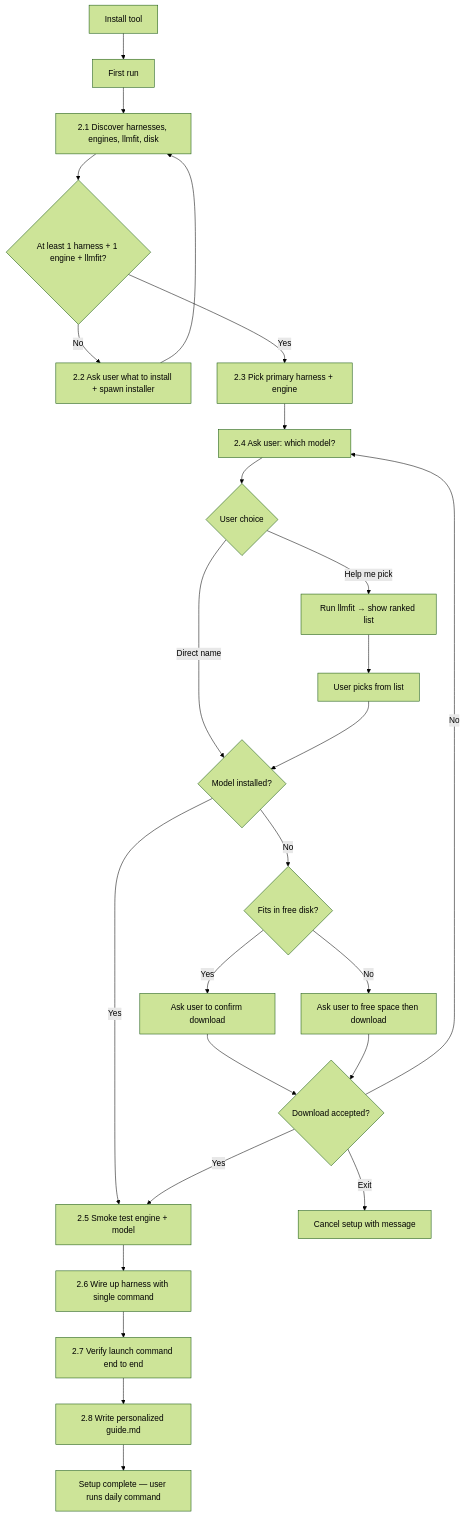
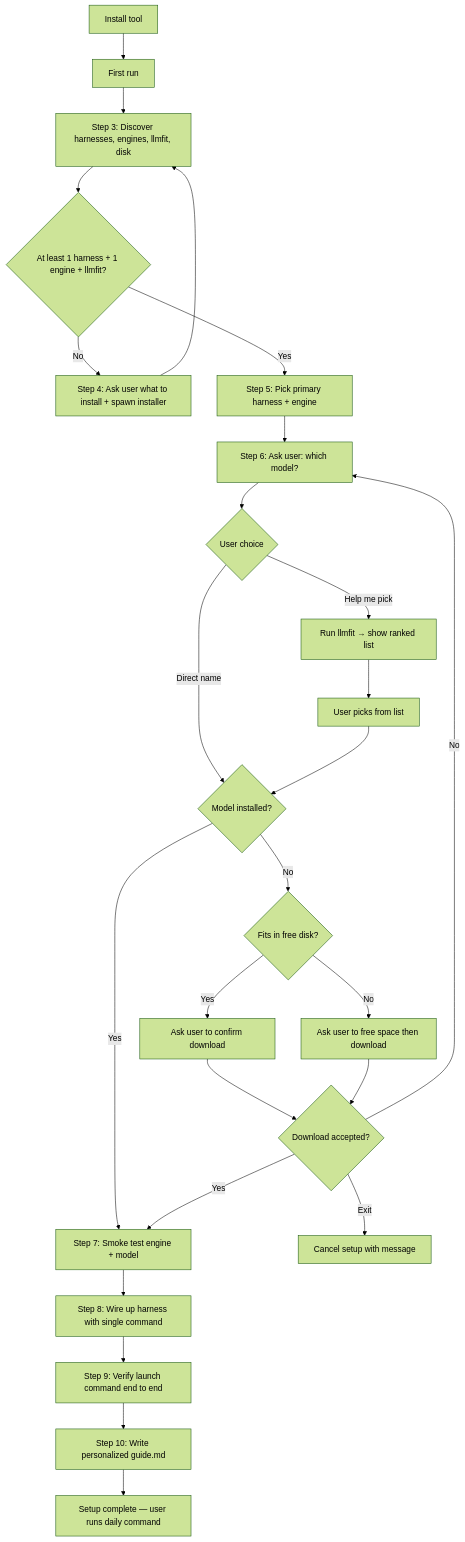
One commit to luongnv89/ccl changed the first of 3 diagrams in prd.md. Above: the diagram before and after it, drawn with Mermaid (forest theme). The commit also changed other lines of this file and 1 other file, not shown here.

````diff
--- a/prd.md
+++ b/prd.md
@@ -241,28 +241,28 @@
 ```mermaid
 flowchart TD
     A[Install tool] --> B[First run]
-    B --> C[2.1 Discover harnesses, engines, llmfit, disk]
+    B --> C[Step 3: Discover harnesses, engines, llmfit, disk]
     C --> D{At least 1 harness + 1 engine + llmfit?}
-    D -->|No| E[2.2 Ask user what to install + spawn installer]
+    D -->|No| E[Step 4: Ask user what to install + spawn installer]
     E --> C
-    D -->|Yes| F[2.3 Pick primary harness + engine]
-    F --> G[2.4 Ask user: which model?]
+    D -->|Yes| F[Step 5: Pick primary harness + engine]
+    F --> G[Step 6: Ask user: which model?]
     G --> G1{User choice}
     G1 -->|Direct name| H
     G1 -->|Help me pick| G2[Run llmfit → show ranked list]
     G2 --> G3[User picks from list]
     G3 --> H{Model installed?}
-    H -->|Yes| M[2.5 Smoke test engine + model]
+    H -->|Yes| M[Step 7: Smoke test engine + model]
     H -->|No| I{Fits in free disk?}
     I -->|Yes| J[Ask user to confirm download]
     I -->|No| K[Ask user to free space then download]
     J --> L{Download accepted?}
     K --> L
     L -->|Yes| M
     L -->|No| G
     L -->|Exit| P[Cancel setup with message]
-    M --> Q[2.6 Wire up harness with single command]
-    Q --> R[2.7 Verify launch command end to end]
-    R --> S[2.8 Write personalized guide.md]
+    M --> Q[Step 8: Wire up harness with single command]
+    Q --> R[Step 9: Verify launch command end to end]
+    R --> S[Step 10: Write personalized guide.md]
     S --> T[Setup complete — user runs daily command]
 ```
````
